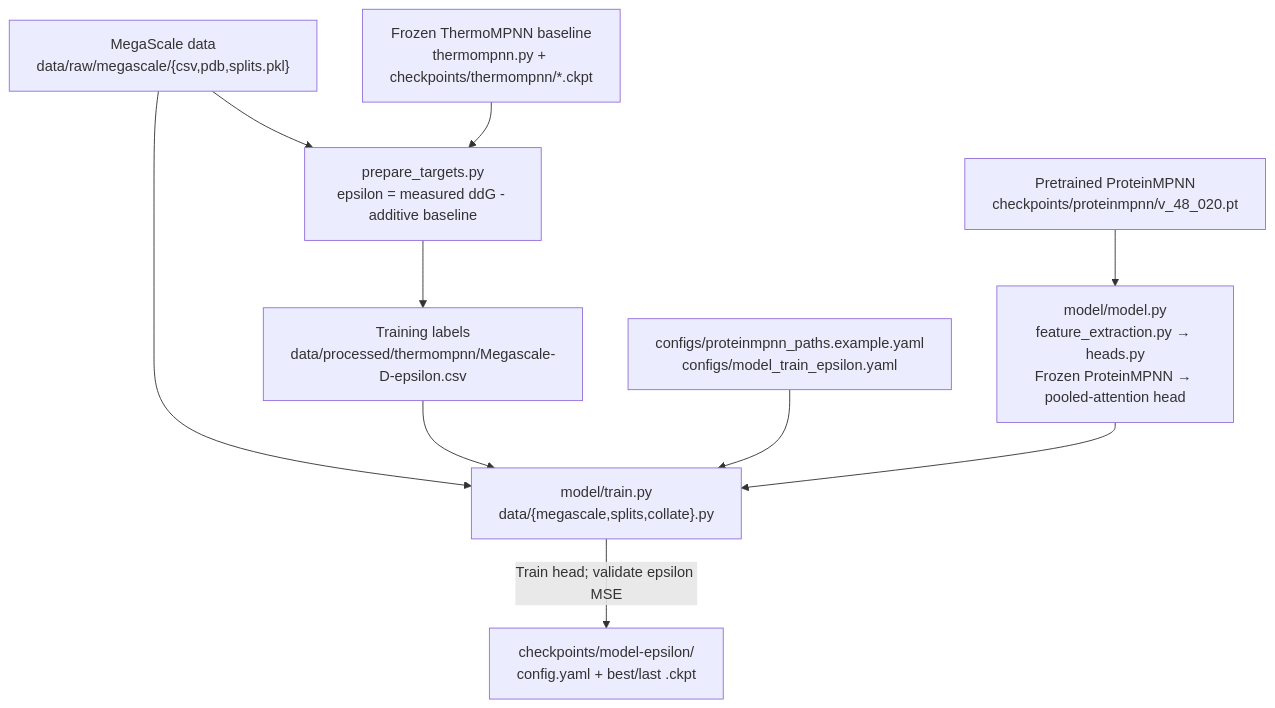
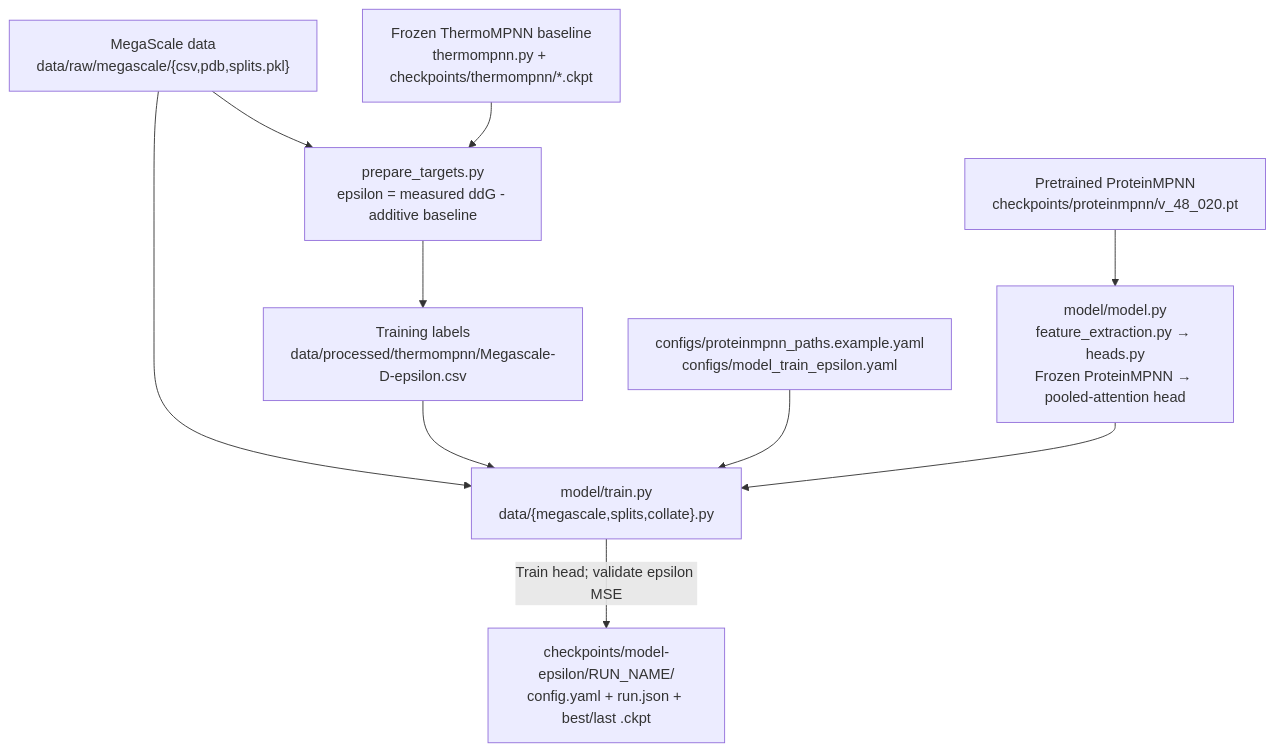
The diagram in README.md (jikaelgagnon/mutation-prediction), drawn with Mermaid before and after one commit. The commit also changed other lines of this file and 10 other files, not shown here.

````diff
--- a/README.md
+++ b/README.md
@@ -3,22 +3,22 @@
 ```mermaid
 flowchart TD
     raw["MegaScale data<br/>data/raw/megascale/{csv,pdb,splits.pkl}"]
     baseline["Frozen ThermoMPNN baseline<br/>thermompnn.py + checkpoints/thermompnn/*.ckpt"]
     targets["prepare_targets.py<br/>epsilon = measured ddG - additive baseline"]
     labels["Training labels<br/>data/processed/thermompnn/Megascale-D-epsilon.csv"]
     configs["configs/proteinmpnn_paths.example.yaml<br/>configs/model_train_epsilon.yaml"]
     train["model/train.py<br/>data/{megascale,splits,collate}.py"]
     model["model/model.py<br/>feature_extraction.py → heads.py<br/>Frozen ProteinMPNN → pooled-attention head"]
     weights["Pretrained ProteinMPNN<br/>checkpoints/proteinmpnn/v_48_020.pt"]
-    output["checkpoints/model-epsilon/<br/>config.yaml + best/last .ckpt"]
+    output["checkpoints/model-epsilon/RUN_NAME/<br/>config.yaml + run.json + best/last .ckpt"]
 
     raw --> targets
     baseline --> targets
     targets --> labels
     raw --> train
     labels --> train
     configs --> train
     weights --> model
     model --> train
     train -->|Train head; validate epsilon MSE| output
 ```
````
